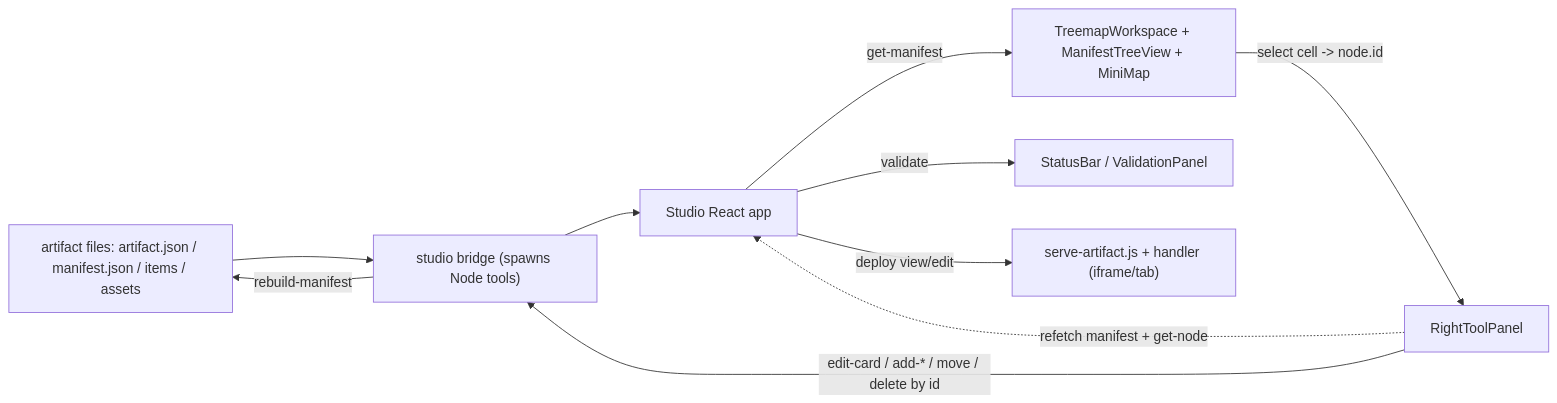
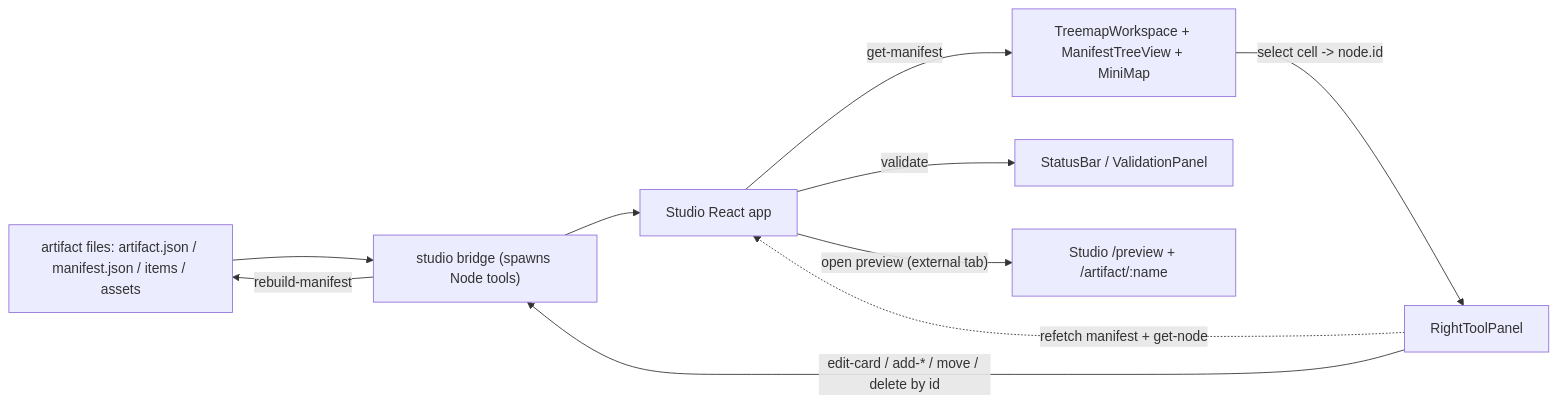
Before and after one commit to doc1000/treesite: the diagram in docs/frontend_plan/00-overview.md, drawn with Mermaid. The commit also changed other lines of this file and 31 other files, not shown here.

First line of the commit message:
Implement preview functionality in Studio with associated cleanup and documentation updates

````diff
--- a/docs/frontend_plan/00-overview.md
+++ b/docs/frontend_plan/00-overview.md
@@ -58,12 +59,12 @@
 ```mermaid
 flowchart LR
   Files["artifact files: artifact.json / manifest.json / items / assets"] --> Bridge["studio bridge (spawns Node tools)"]
   Bridge --> UI["Studio React app"]
   UI -->|"get-manifest"| Canvas["TreemapWorkspace + ManifestTreeView + MiniMap"]
   Canvas -->|"select cell -> node.id"| Inspector["RightToolPanel"]
   Inspector -->|"edit-card / add-* / move / delete by id"| Bridge
   Bridge -->|"rebuild-manifest"| Files
   Inspector -.->|"refetch manifest + get-node"| UI
   UI -->|"validate"| Status["StatusBar / ValidationPanel"]
-  UI -->|"deploy view/edit"| Preview["serve-artifact.js + handler (iframe/tab)"]
+  UI -->|"open preview (external tab)"| Preview["Studio /preview + /artifact/:name"]
 ```
````
